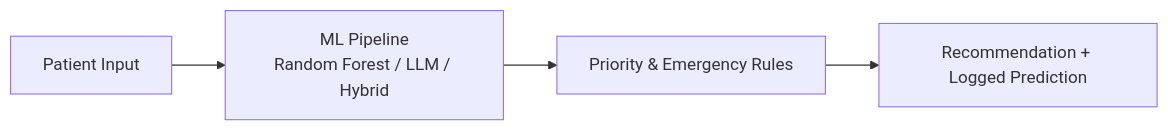
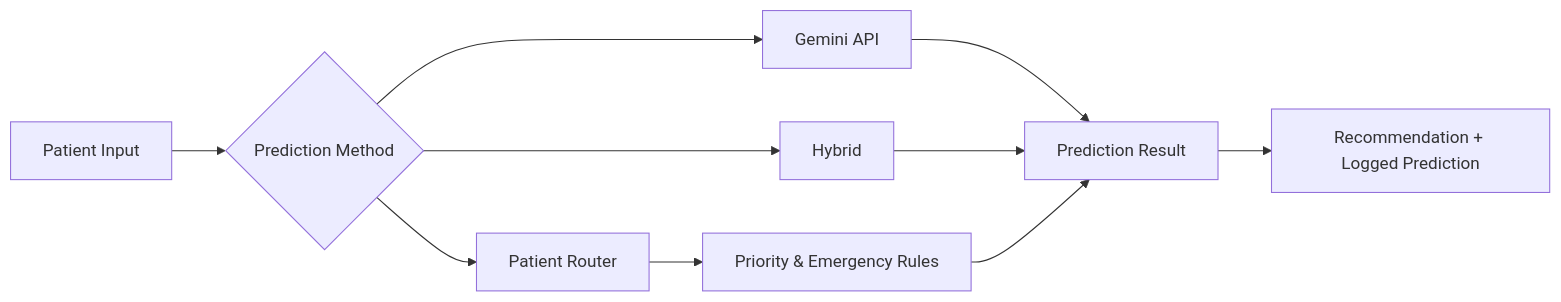
One commit to AyusmanNanda/patient-router changed the diagram in README.md. Above: the diagram before and after it, drawn with Mermaid. The commit also changed other lines of this file, not shown here.

Commit message:
patient-router: update README.md

````diff
--- a/README.md
+++ b/README.md
@@ -68,6 +72,12 @@
 ```mermaid
 flowchart LR
-    A[Patient Input] --> B[ML Pipeline\nRandom Forest / LLM / Hybrid]
-    B --> C[Priority & Emergency Rules]
-    C --> D[Recommendation + Logged Prediction]
+    A[Patient Input] --> B{Prediction Method}
+    B --> C[Patient Router]
+    B --> D[Gemini API]
+    B --> E[Hybrid]
+    C --> F[Priority & Emergency Rules]
+    D --> G[Prediction Result]
+    E --> G
+    F --> G
+    G --> H[Recommendation + Logged Prediction]
 ```
````
